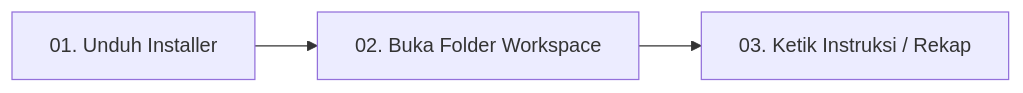
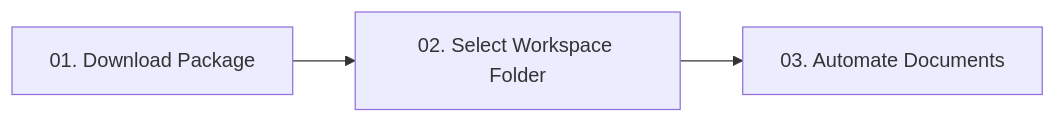
Before and after one commit to jlsrngo/Arunaki: the first of 2 diagrams in README.md, drawn with Mermaid. The commit also changed other lines of this file, not shown here.

````diff
--- a/README.md
+++ b/README.md
@@ -65,4 +66,4 @@
 ```mermaid
 graph LR
-    A[01. Unduh Installer] --> B[02. Buka Folder Workspace] --> C[03. Ketik Instruksi / Rekap]
+    A[01. Download Package] --> B[02. Select Workspace Folder] --> C[03. Automate Documents]
 ```
````
